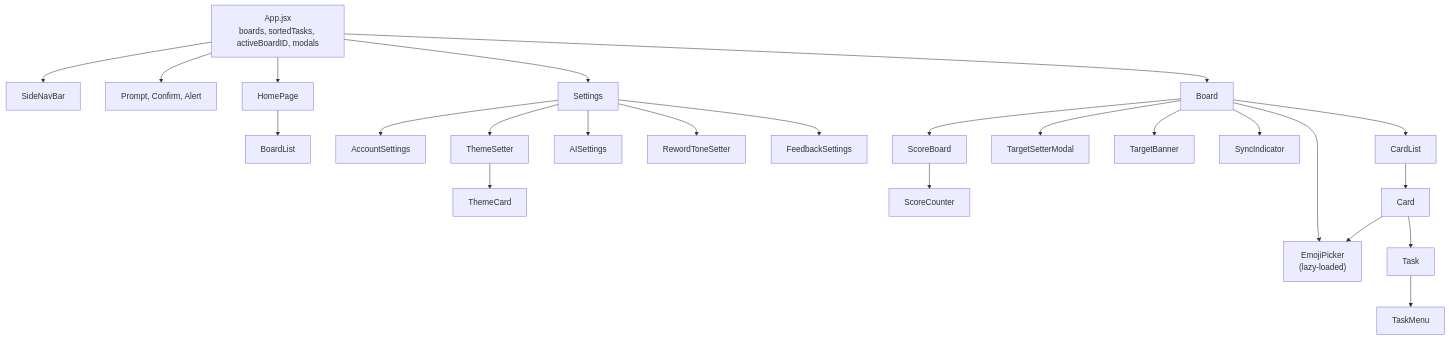
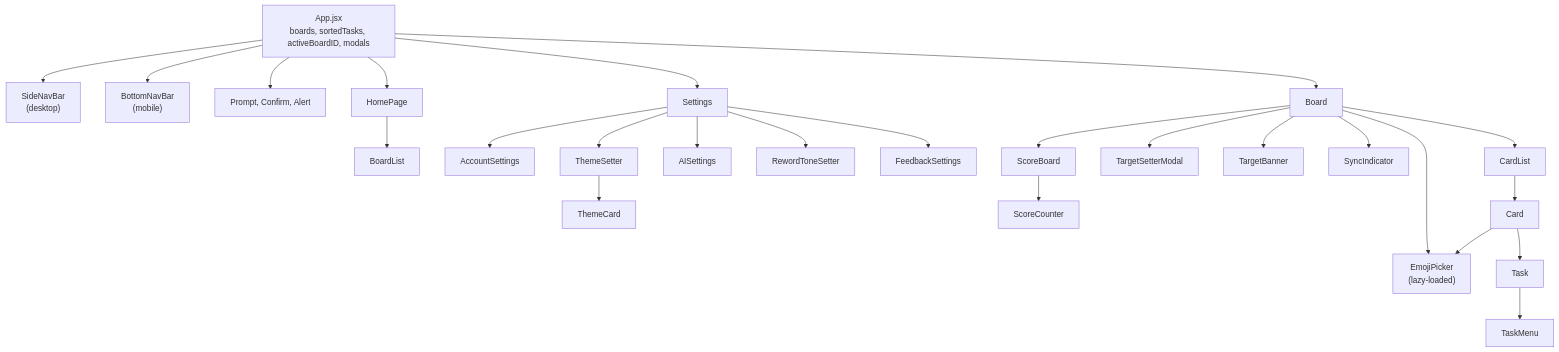
The second of 12 diagrams in ARCHITECTURE.md (TomBenjaminMorris/listpal-frontend), drawn with Mermaid before and after one commit. The commit also changed other lines of this file and 23 other files, not shown here.

First line of the commit message:
Make mobile navigation and board pages feel like a native app

````diff
--- a/ARCHITECTURE.md
+++ b/ARCHITECTURE.md
@@ -129,25 +129,26 @@
 ```mermaid
 flowchart TB
     App["App.jsx<br/>boards, sortedTasks, activeBoardID, modals"]
-    App --> SNB["SideNavBar"]
+    App --> SNB["SideNavBar<br/>(desktop)"]
+    App --> BNB["BottomNavBar<br/>(mobile)"]
     App --> Modals["Prompt, Confirm, Alert"]
     App --> Home["HomePage"]
     App --> Settings["Settings"]
     App --> Board["Board"]
     Home --> BL["BoardList"]
     Settings --> AS["AccountSettings"]
     Settings --> TS["ThemeSetter"] --> TC["ThemeCard"]
     Settings --> AIS["AISettings"]
     Settings --> RTS["RewordToneSetter"]
     Settings --> FS["FeedbackSettings"]
     Board --> SB["ScoreBoard"] --> SC["ScoreCounter"]
     Board --> TSM["TargetSetterModal"]
     Board --> TB["TargetBanner"]
     Board --> EP["EmojiPicker<br/>(lazy-loaded)"]
     Board --> SI["SyncIndicator"]
     Board --> CardList["CardList"]
     CardList --> Card["Card"]
     Card --> EP
     Card --> Task["Task"]
     Task --> TaskMenu["TaskMenu"]
 ```
````
